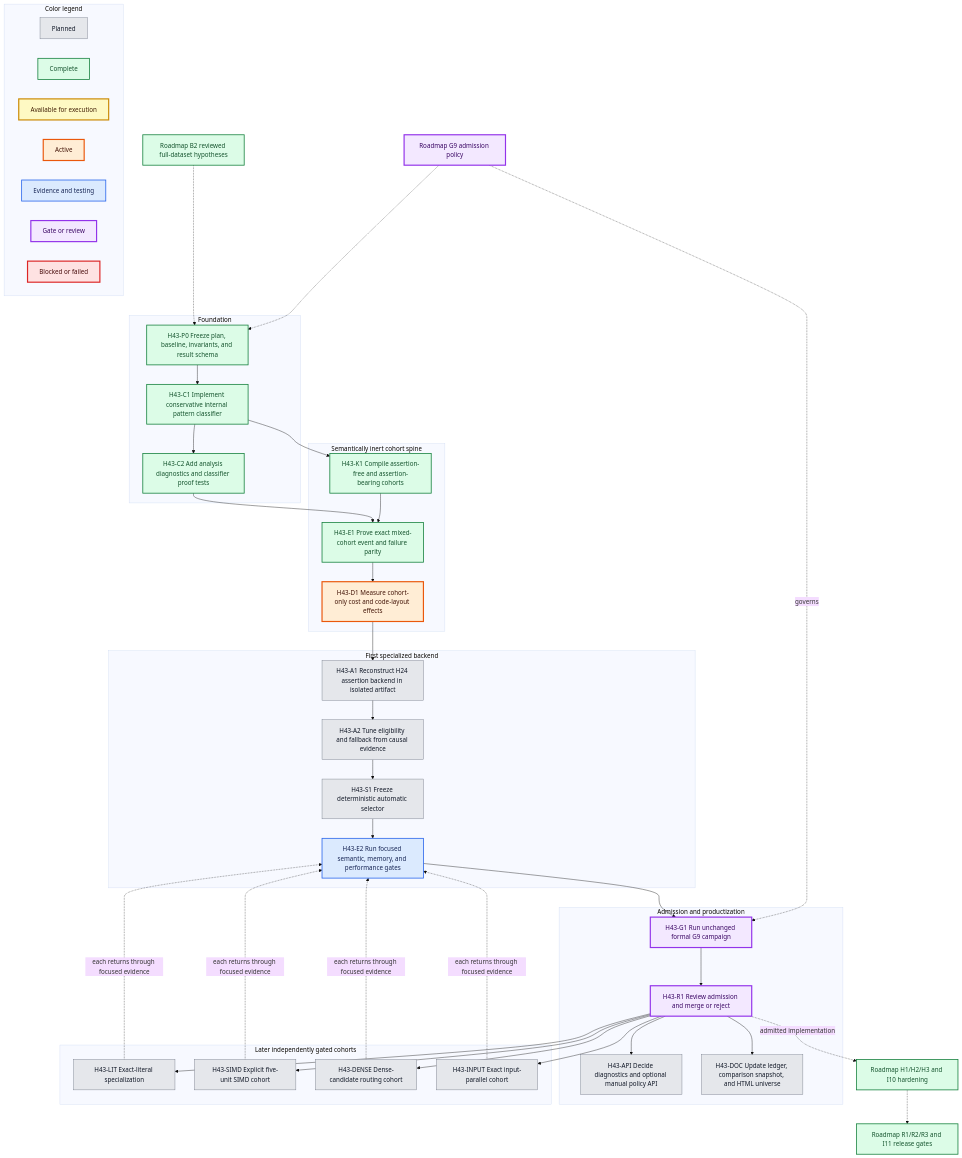
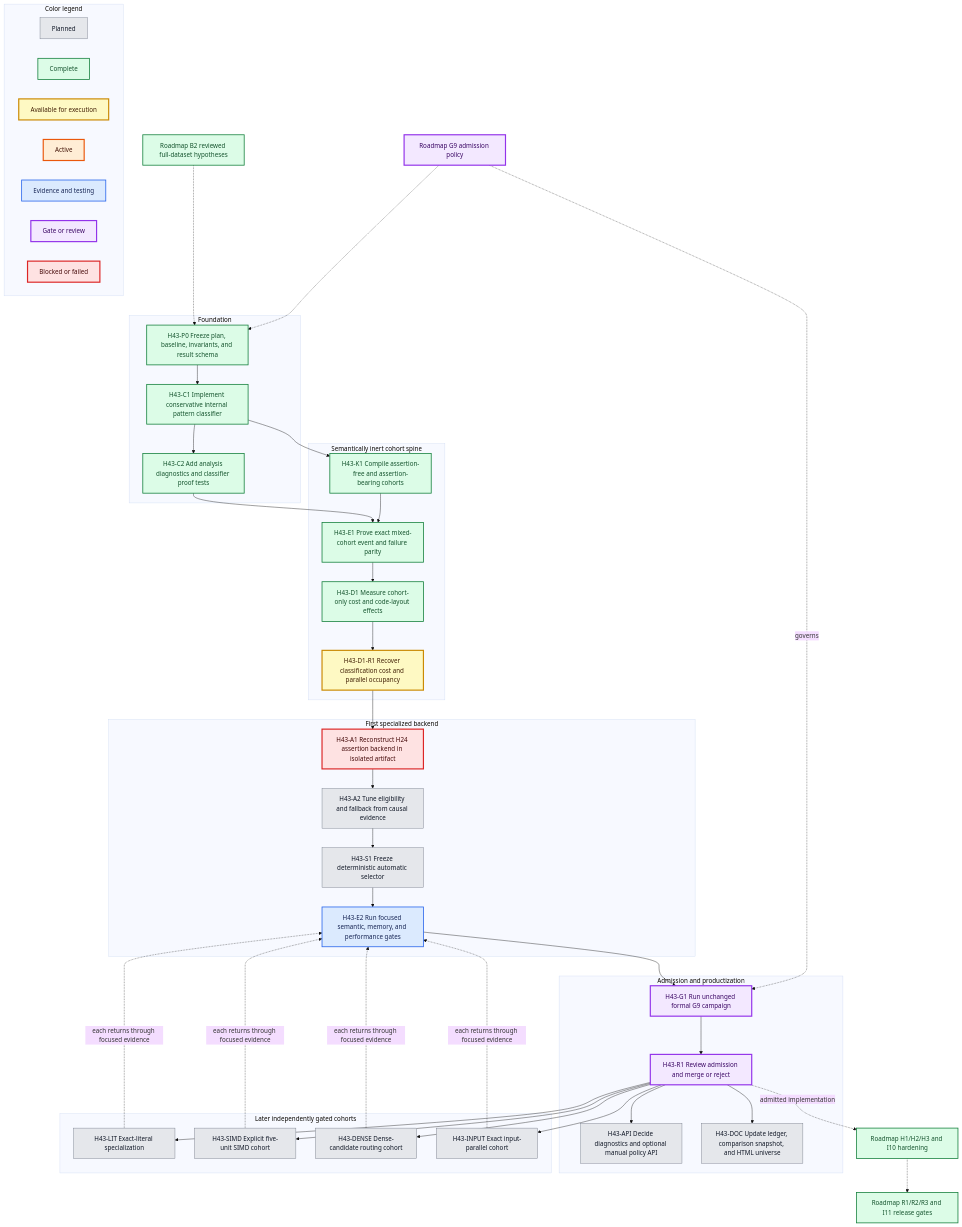
The first of 3 diagrams in docs/experiments/b2-h-0043-cohort-aware-matcher-plan.md (la3lma/rustmatch), drawn with Mermaid (base theme) before and after one commit. The commit also changed other lines of this file and 26 other files, not shown here.

```diff
--- a/docs/experiments/b2-h-0043-cohort-aware-matcher-plan.md
+++ b/docs/experiments/b2-h-0043-cohort-aware-matcher-plan.md
@@ -109,6 +109,7 @@
         K1["H43-K1 Compile assertion-free and assertion-bearing cohorts"]
         E1["H43-E1 Prove exact mixed-cohort event and failure parity"]
         D1["H43-D1 Measure cohort-only cost and code-layout effects"]
+        D1R["H43-D1-R1 Recover classification cost and parallel occupancy"]
     end
 
     subgraph ASSERTION[First specialized backend]
@@ -145,7 +146,8 @@
     C2 --> E1
     K1 --> E1
     E1 --> D1
-    D1 --> A1
+    D1 --> D1R
+    D1R --> A1
     A1 --> A2
     A2 --> S1
     S1 --> E2
@@ -186,8 +188,10 @@
     class C2 complete;
     class K1 complete;
     class E1 complete;
-    class D1 active;
-    class A1,A2,S1,API,DOC,LIT,SIMD,DENSE,INPUT planned;
+    class D1 complete;
+    class D1R available;
+    class A1 blocked;
+    class A2,S1,API,DOC,LIT,SIMD,DENSE,INPUT planned;
     class E2 evidence;
     class G1,R1,G9 gate;
     class B2,HARD,REL complete;
```
